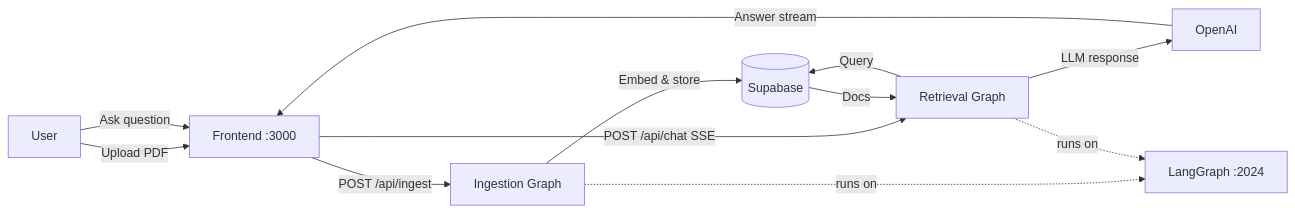
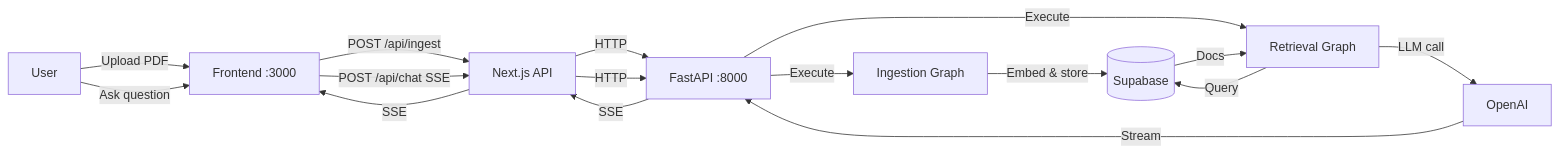
The first of 2 diagrams in README.md (mihaixalex/AI-Document-Assisatant), drawn with Mermaid before and after one commit. The commit also changed other lines of this file and 18 other files, not shown here.

First line of the commit message:
Migrate from LangGraph CLI to FastAPI backend

````diff
--- a/README.md
+++ b/README.md
@@ -74,16 +76,19 @@
 ```mermaid
 flowchart LR
     U[User] -->|Upload PDF| F[Frontend :3000]
-    F -->|POST /api/ingest| I[Ingestion Graph]
+    F -->|POST /api/ingest| N[Next.js API]
+    N -->|HTTP| FA[FastAPI :8000]
+    FA -->|Execute| I[Ingestion Graph]
     I -->|Embed & store| S[(Supabase)]
 
     U -->|Ask question| F
-    F -->|POST /api/chat SSE| R[Retrieval Graph]
+    F -->|POST /api/chat SSE| N
+    N -->|HTTP| FA
+    FA -->|Execute| R[Retrieval Graph]
     R -->|Query| S
     S -->|Docs| R
-    R -->|LLM response| O[OpenAI]
-    O -->|Answer stream| F
-
-    I -.runs on.-> B[LangGraph :2024]
-    R -.runs on.-> B
+    R -->|LLM call| O[OpenAI]
+    O -->|Stream| FA
+    FA -->|SSE| N
+    N -->|SSE| F
 ```
````
